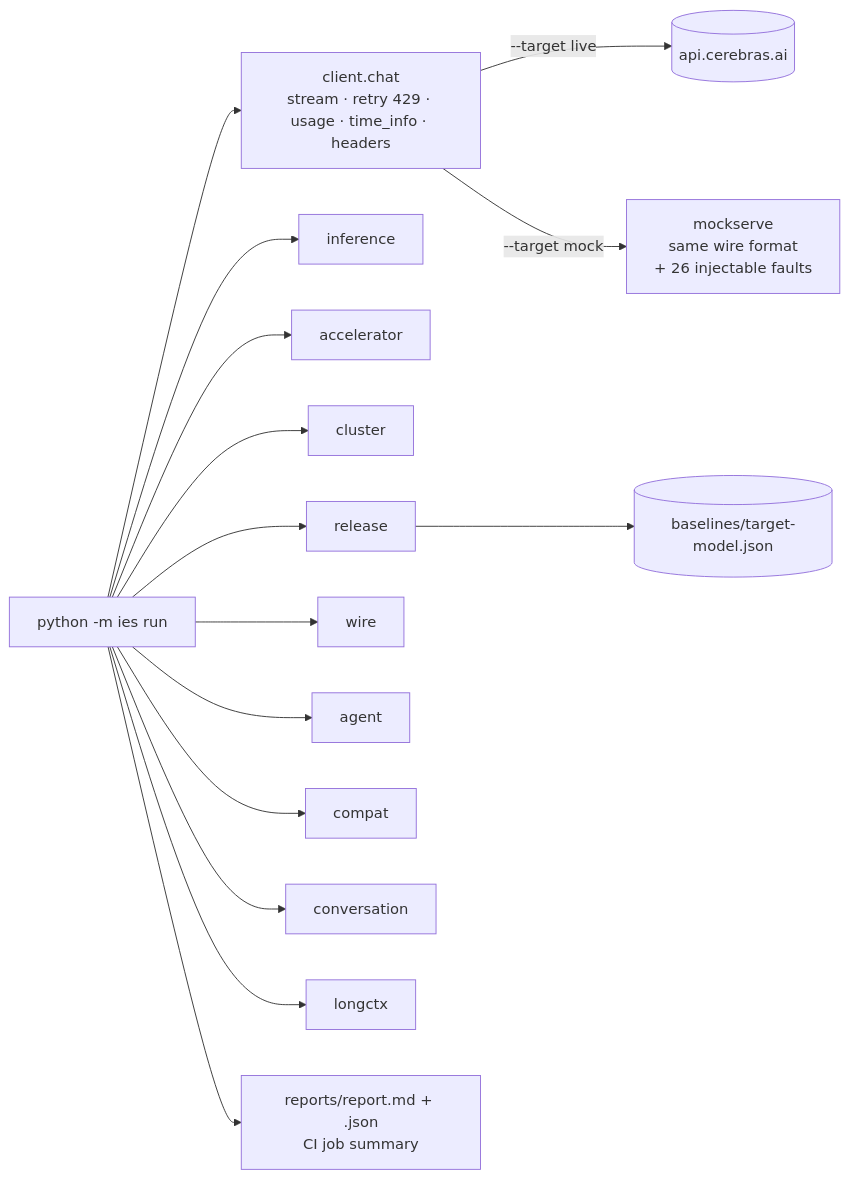
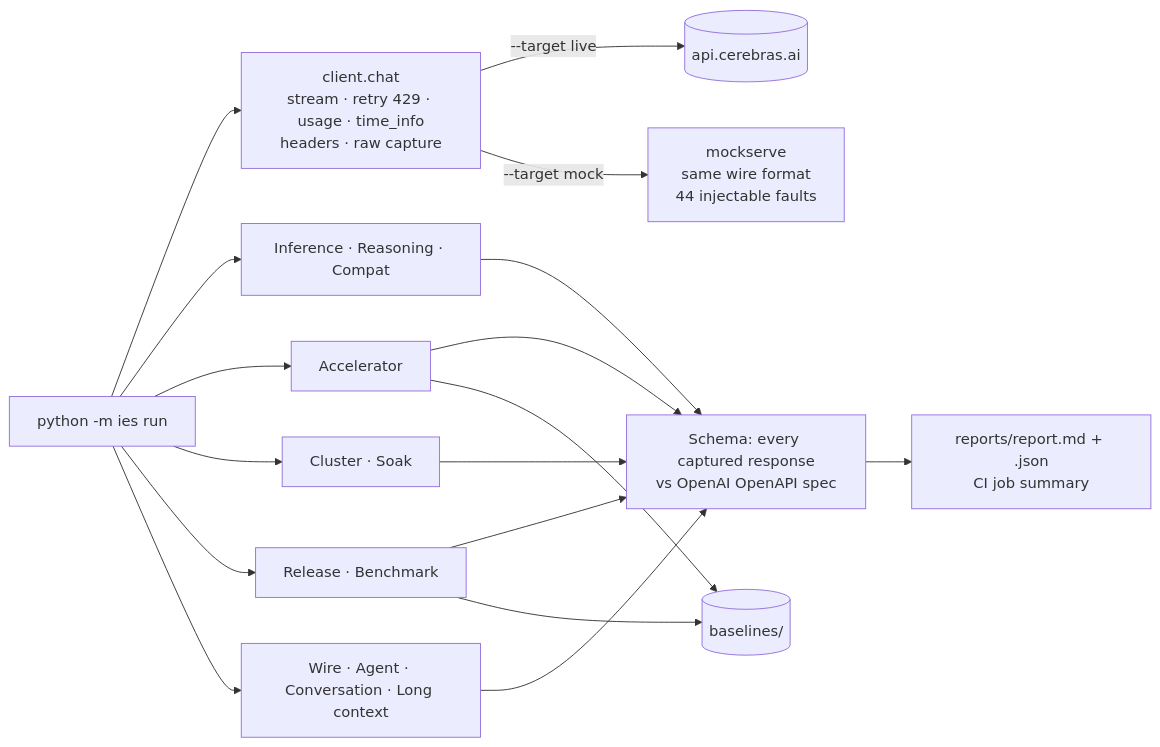
One commit to su0xpj-bastion/inference-endpoint-scenarios changed the diagram in README.md. Above: the diagram before and after it, drawn with Mermaid. The commit also changed other lines of this file and 27 other files, not shown here.

First line of the commit message:
Add Reasoning, Schema, Benchmark, Soak scenarios and inference / accelerator / cluster / release checks

````diff
--- a/README.md
+++ b/README.md
@@ -19,9 +46,14 @@
 ```mermaid
 flowchart LR
-    CLI[python -m ies run] --> C[client.chat<br/>stream · retry 429 · usage · time_info · headers]
+    CLI[python -m ies run] --> C[client.chat<br/>stream · retry 429 · usage · time_info<br/>headers · raw capture]
     C -->|--target live| API[(api.cerebras.ai)]
-    C -->|--target mock| M[mockserve<br/>same wire format<br/>+ 26 injectable faults]
-    CLI --> W1[inference] & W2[accelerator] & W3[cluster] & W4[release] & W5[wire] & W6[agent] & W7[compat] & W8[conversation] & W9[longctx]
-    W4 --> B[(baselines/target-model.json)]
-    CLI --> R[reports/report.md + .json<br/>CI job summary]
+    C -->|--target mock| M[mockserve<br/>same wire format<br/>44 injectable faults]
+    CLI --> I[Inference · Reasoning · Compat]
+    CLI --> A[Accelerator]
+    CLI --> K[Cluster · Soak]
+    CLI --> R[Release · Benchmark]
+    CLI --> L[Wire · Agent · Conversation · Long context]
+    I & A & K & R & L --> S[Schema: every captured response<br/>vs OpenAI OpenAPI spec]
+    R & A --> B[(baselines/)]
+    S --> O[reports/report.md + .json<br/>CI job summary]
 ```
````
